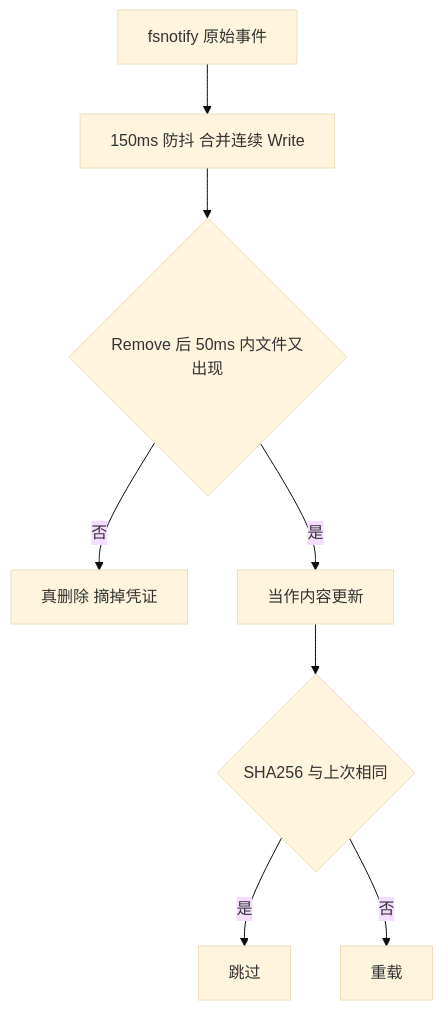
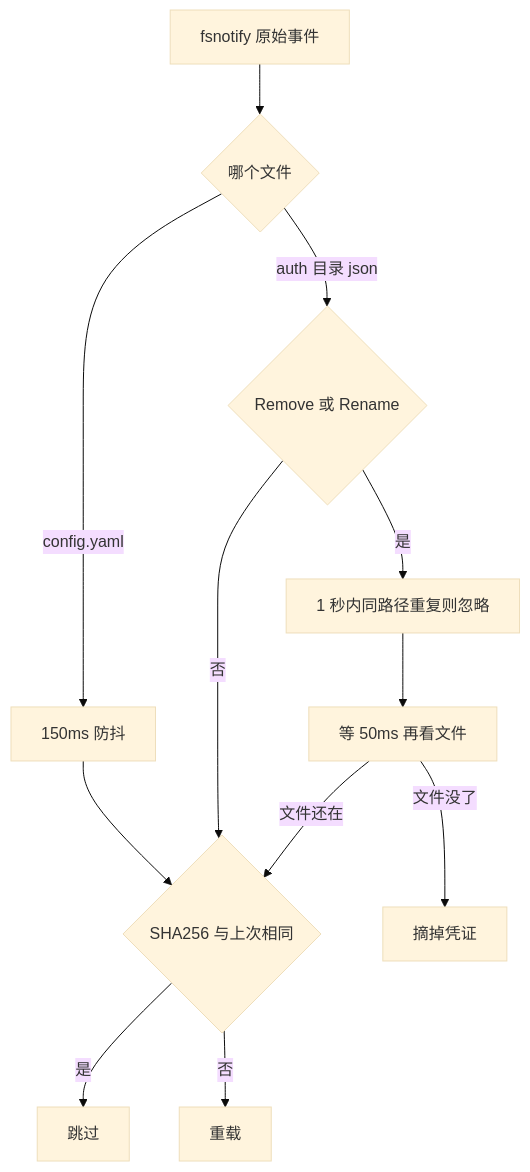
Before and after one commit to diguike/book-source-reading: the fourth of 4 diagrams in book/01-cliproxyapi.md, drawn with Mermaid (base theme). The commit also changed other lines of this file and 27 other files, not shown here.

````diff
--- a/book/01-cliproxyapi.md
+++ b/book/01-cliproxyapi.md
@@ -459,10 +467,14 @@
 ```mermaid
 graph TB
-    A[fsnotify 原始事件] --> B[150ms 防抖 合并连续 Write]
-    B --> C{Remove 后 50ms 内文件又出现}
-    C -->|否| D[真删除 摘掉凭证]
-    C -->|是| E[当作内容更新]
-    E --> F{SHA256 与上次相同}
+    A[fsnotify 原始事件] --> K{哪个文件}
+    K -->|config.yaml| B[150ms 防抖]
+    B --> F{SHA256 与上次相同}
+    K -->|auth 目录 json| C{Remove 或 Rename}
+    C -->|否| F
+    C -->|是| R[1 秒内同路径重复则忽略]
+    R --> S[等 50ms 再看文件]
+    S -->|文件还在| F
+    S -->|文件没了| D[摘掉凭证]
     F -->|是| G[跳过]
     F -->|否| H[重载]
 ```
````
